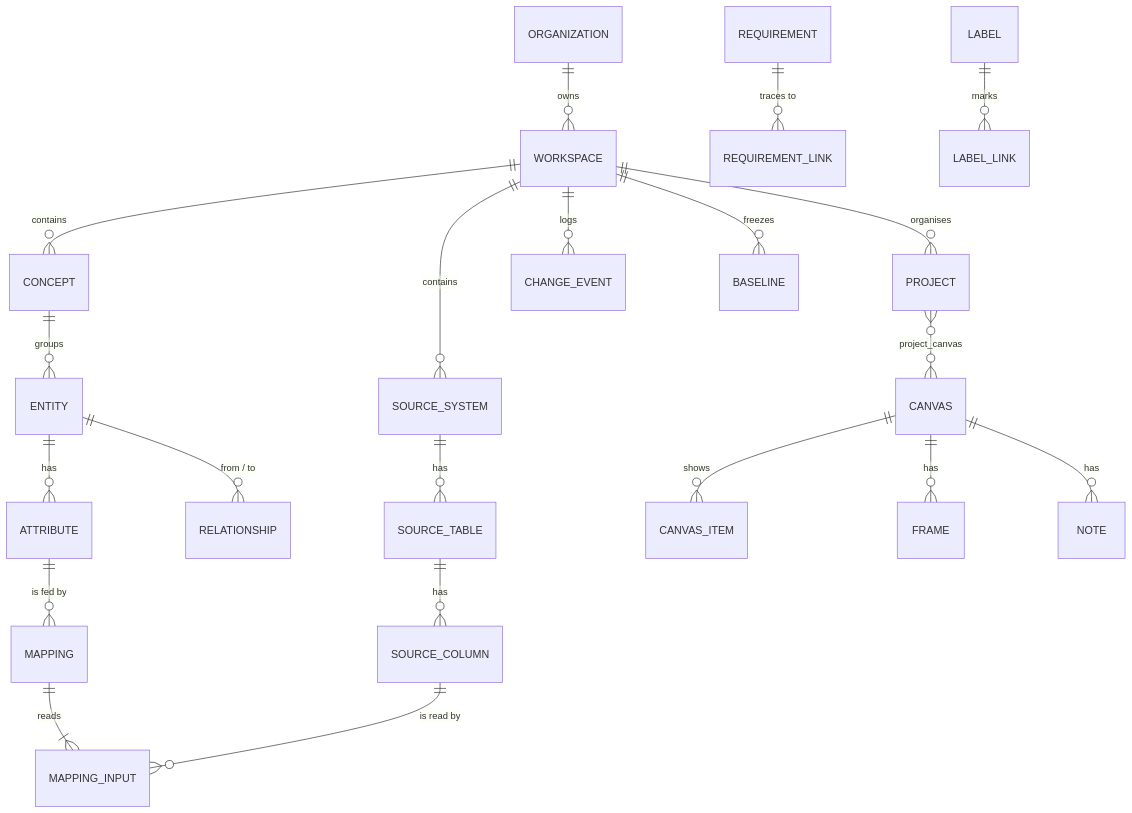
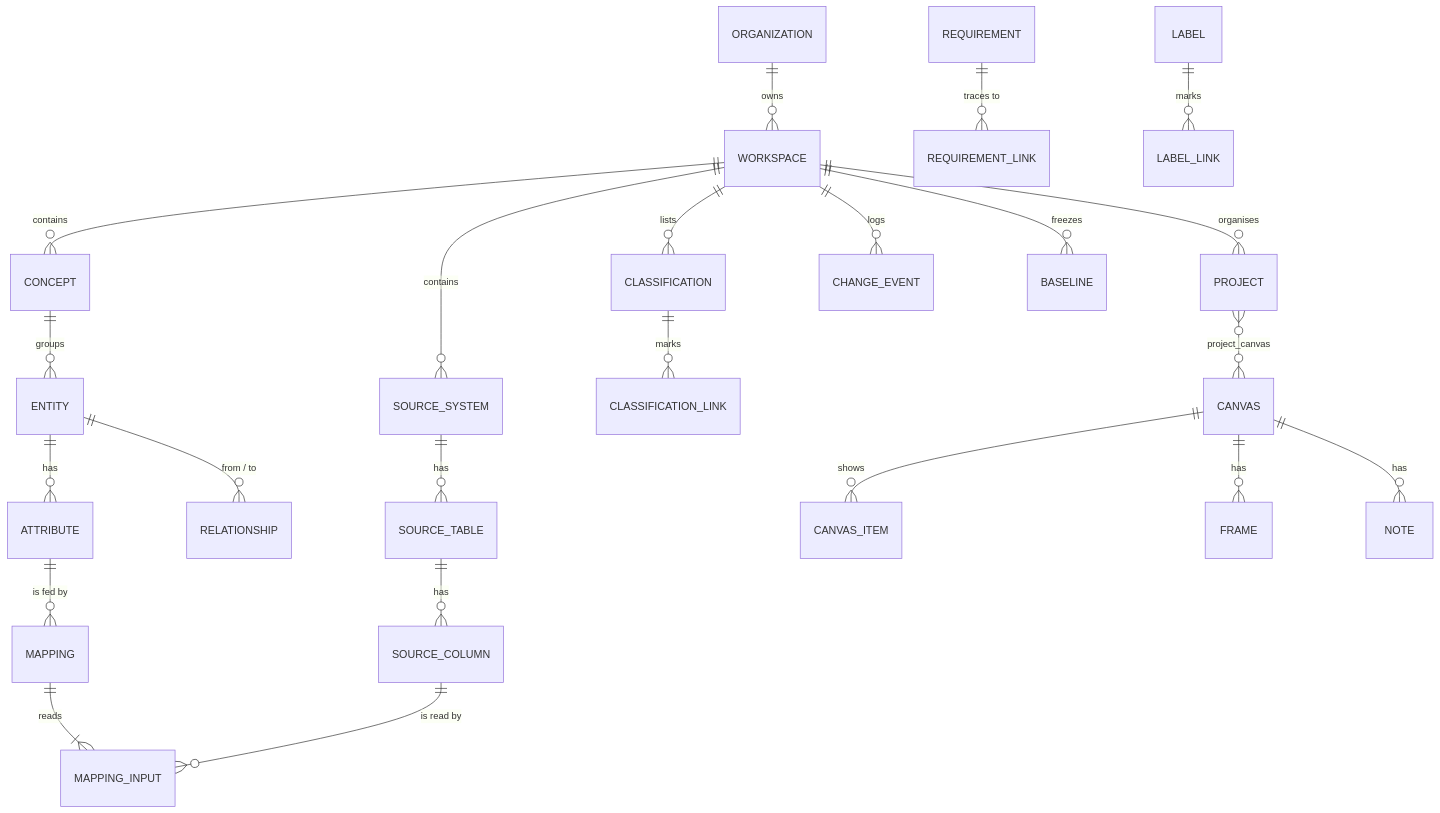
The diagram in docs/data-model-v2.md (LukaszWolski-DA/infomapper-app), drawn with Mermaid before and after one commit. The commit also changed other lines of this file and 1 other file, not shown here.

Commit message:
feat: slice 7c migration: classification, classification_link, notes; the column flags dropped

````diff
--- a/docs/data-model-v2.md
+++ b/docs/data-model-v2.md
@@ -17,23 +17,25 @@
 ```mermaid
 erDiagram
   ORGANIZATION ||--o{ WORKSPACE : owns
   WORKSPACE ||--o{ CONCEPT : contains
   CONCEPT ||--o{ ENTITY : groups
   ENTITY ||--o{ ATTRIBUTE : has
   ENTITY ||--o{ RELATIONSHIP : "from / to"
   WORKSPACE ||--o{ SOURCE_SYSTEM : contains
   SOURCE_SYSTEM ||--o{ SOURCE_TABLE : has
   SOURCE_TABLE ||--o{ SOURCE_COLUMN : has
+  WORKSPACE ||--o{ CLASSIFICATION : lists
+  CLASSIFICATION ||--o{ CLASSIFICATION_LINK : marks
   ATTRIBUTE ||--o{ MAPPING : "is fed by"
   MAPPING ||--|{ MAPPING_INPUT : reads
   SOURCE_COLUMN ||--o{ MAPPING_INPUT : "is read by"
   REQUIREMENT ||--o{ REQUIREMENT_LINK : "traces to"
   LABEL ||--o{ LABEL_LINK : marks
   WORKSPACE ||--o{ PROJECT : organises
   PROJECT }o--o{ CANVAS : "project_canvas"
   CANVAS ||--o{ CANVAS_ITEM : shows
   CANVAS ||--o{ FRAME : has
   CANVAS ||--o{ NOTE : has
   WORKSPACE ||--o{ CHANGE_EVENT : logs
   WORKSPACE ||--o{ BASELINE : freezes
 ```
````
